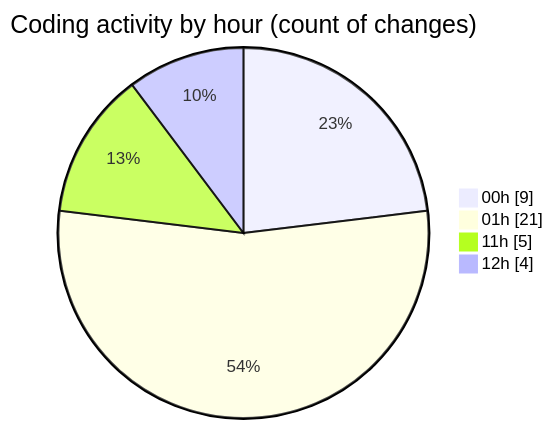
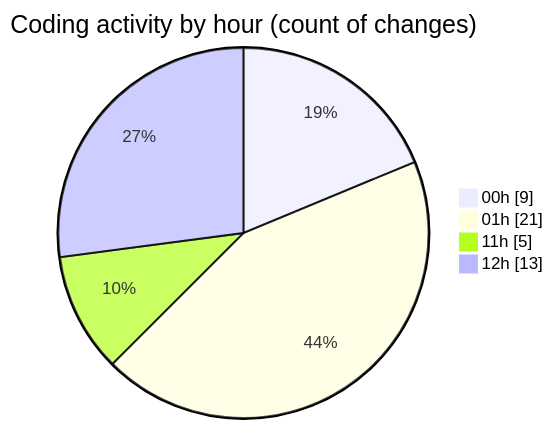
One commit to nxtqubesakshisongat/code-tracking changed the second of 2 diagrams in 2025-10-25/javacript/README.md. Above: the diagram before and after it, drawn with Mermaid. The commit also changed other lines of this file and 1 other file, not shown here.

````diff
--- a/2025-10-25/javacript/README.md
+++ b/2025-10-25/javacript/README.md
@@ -28,8 +28,8 @@
 ```mermaid
 pie showData
 title Coding activity by hour (count of changes)
 "00h" : 9
 "01h" : 21
 "11h" : 5
-"12h" : 4
+"12h" : 13
 ```
````
